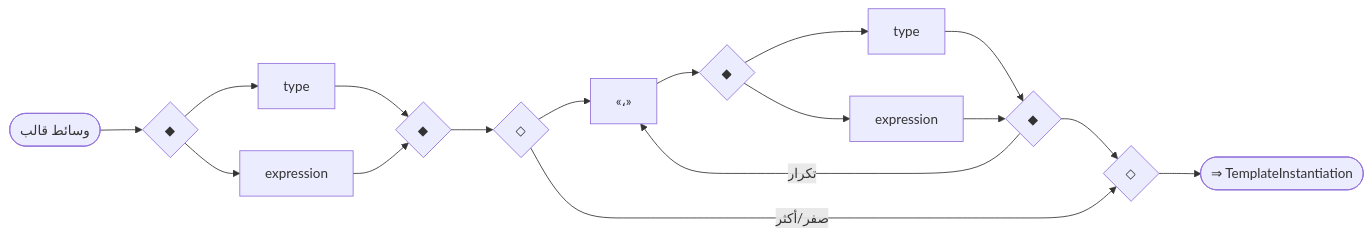
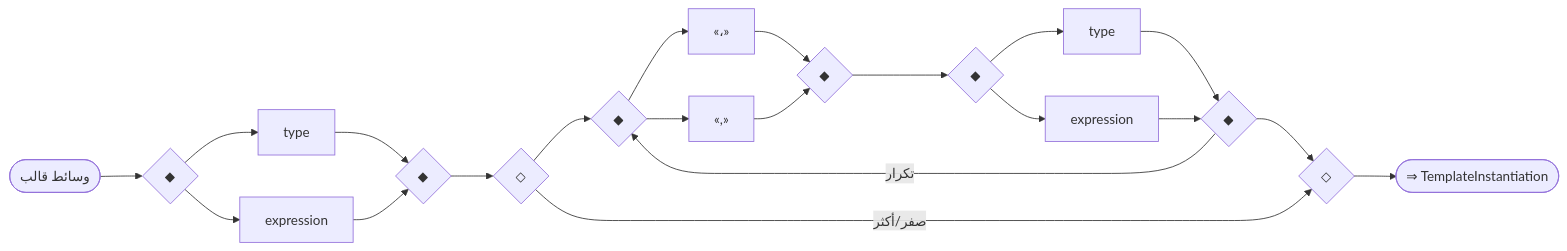
Before and after one commit to sadlang/sadlang: diagram 11 of 57 in docs/parser_rule/_generated/60_advanced.md, drawn with Mermaid. The commit also changed other lines of this file and 103 other files, not shown here.

````diff
--- a/docs/parser_rule/_generated/60_advanced.md
+++ b/docs/parser_rule/_generated/60_advanced.md
@@ -358,32 +365,39 @@
 ```mermaid
 flowchart LR
   n1(["وسائط قالب"])
   n2{"◆"}
   n3{"◆"}
   n4["type"]
   n2 --> n4
   n4 --> n3
   n5["expression"]
   n2 --> n5
   n5 --> n3
   n6{"◇"}
   n7{"◇"}
-  n8["«،»"]
+  n8{"◆"}
   n9{"◆"}
-  n10{"◆"}
-  n11["type"]
-  n9 --> n11
-  n11 --> n10
-  n12["expression"]
+  n10["«،»"]
+  n8 --> n10
+  n10 --> n9
+  n11["«,»"]
+  n8 --> n11
+  n11 --> n9
+  n12{"◆"}
+  n13{"◆"}
+  n14["type"]
+  n12 --> n14
+  n14 --> n13
+  n15["expression"]
+  n12 --> n15
+  n15 --> n13
   n9 --> n12
-  n12 --> n10
-  n8 --> n9
   n6 --> n8
-  n10 --> n7
-  n10 -- "تكرار" --> n8
+  n13 --> n7
+  n13 -- "تكرار" --> n8
   n6 -- "صفر/أكثر" --> n7
   n3 --> n6
   n1 --> n2
-  n13(["⇒ TemplateInstantiation"])
-  n7 --> n13
+  n16(["⇒ TemplateInstantiation"])
+  n7 --> n16
 ```
````
